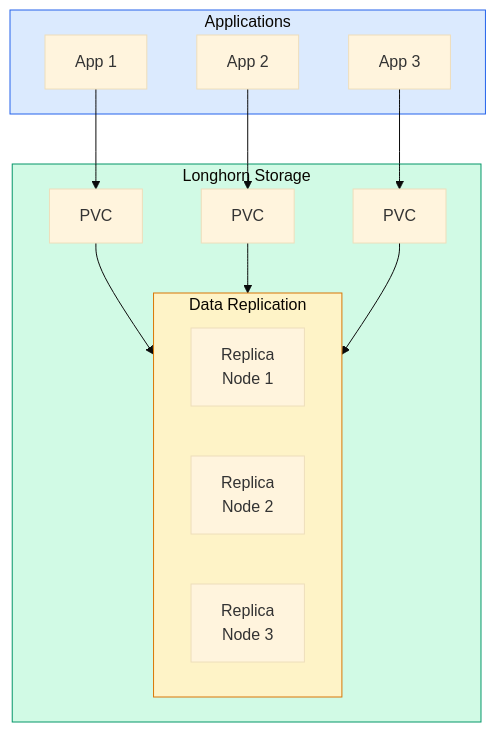
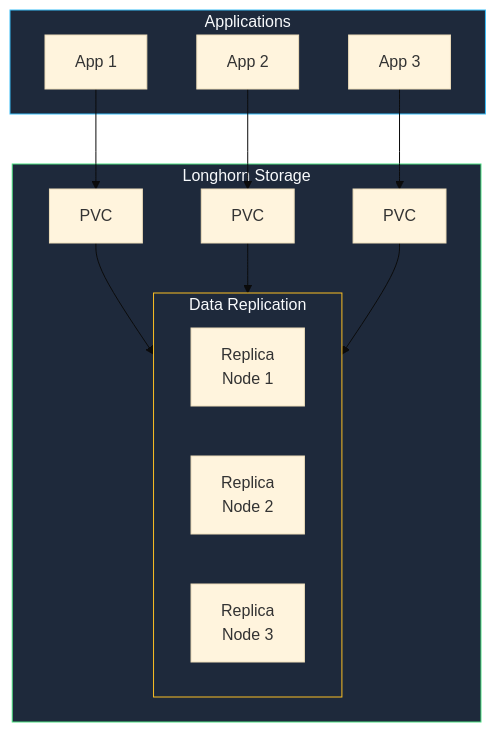
The third of 5 diagrams in stackkits/kits/modern-homelab.mdx (KombiverseLabs/docs), drawn with Mermaid (base theme) before and after one commit. The commit also changed other lines of this file and 33 other files, not shown here.

````diff
--- a/stackkits/kits/modern-homelab.mdx
+++ b/stackkits/kits/modern-homelab.mdx
@@ -123,32 +123,32 @@
 ```mermaid
 graph TB
     subgraph Apps["Applications"]
         App1["App 1"]
         App2["App 2"]
         App3["App 3"]
     end
     
     subgraph Storage["Longhorn Storage"]
         PVC1["PVC"]
         PVC2["PVC"]
         PVC3["PVC"]
         
         subgraph Replicas["Data Replication"]
             R1["Replica<br/>Node 1"]
             R2["Replica<br/>Node 2"]
             R3["Replica<br/>Node 3"]
         end
     end
     
     App1 --> PVC1
     App2 --> PVC2
     App3 --> PVC3
     
     PVC1 --> Replicas
     PVC2 --> Replicas
     PVC3 --> Replicas
     
-    style Apps fill:#dbeafe,stroke:#2563eb
-    style Storage fill:#d1fae5,stroke:#059669
-    style Replicas fill:#fef3c7,stroke:#d97706
+    style Apps fill:#1e293b,stroke:#38bdf8,color:#f8fafc
+    style Storage fill:#1e293b,stroke:#4ade80,color:#f8fafc
+    style Replicas fill:#1e293b,stroke:#fbbf24,color:#f8fafc
 ```
````
